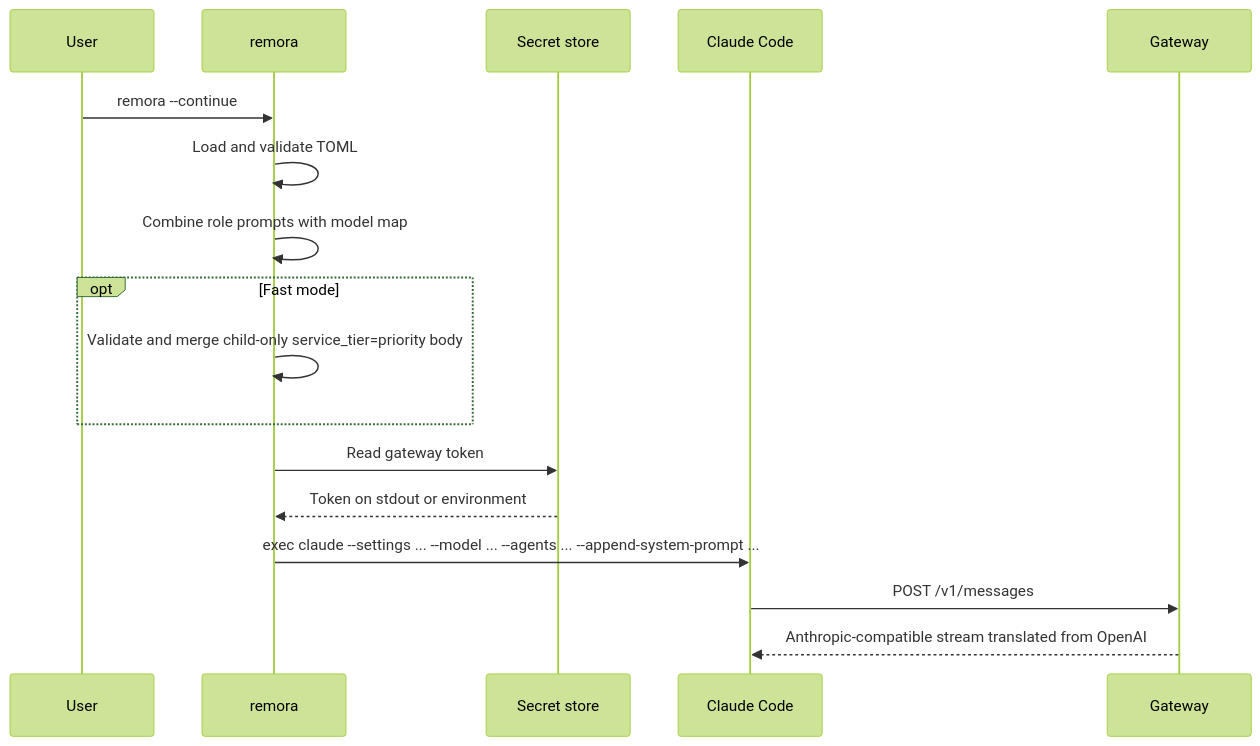
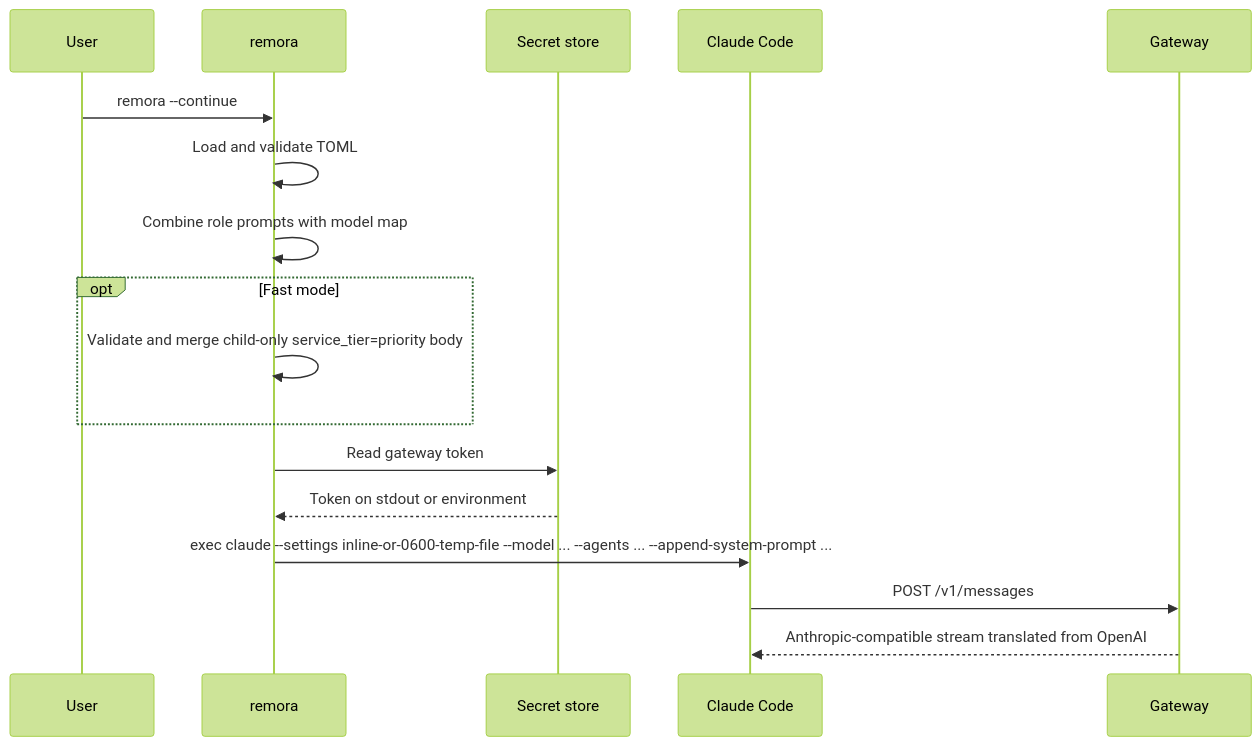
Before and after one commit to Nanako0129/remora-cc: the second of 2 diagrams in docs/architecture.md, drawn with Mermaid (forest theme). The commit also changed other lines of this file and 6 other files, not shown here.

````diff
--- a/docs/architecture.md
+++ b/docs/architecture.md
@@ -39,20 +40,20 @@
 ```mermaid
 sequenceDiagram
     participant U as User
     participant R as remora
     participant S as Secret store
     participant C as Claude Code
     participant G as Gateway
 
     U->>R: remora --continue
     R->>R: Load and validate TOML
     R->>R: Combine role prompts with model map
     opt Fast mode
         R->>R: Validate and merge child-only service_tier=priority body
     end
     R->>S: Read gateway token
     S-->>R: Token on stdout or environment
-    R->>C: exec claude --settings ... --model ... --agents ... --append-system-prompt ...
+    R->>C: exec claude --settings inline-or-0600-temp-file --model ... --agents ... --append-system-prompt ...
     C->>G: POST /v1/messages
     G-->>C: Anthropic-compatible stream translated from OpenAI
 ```
````
